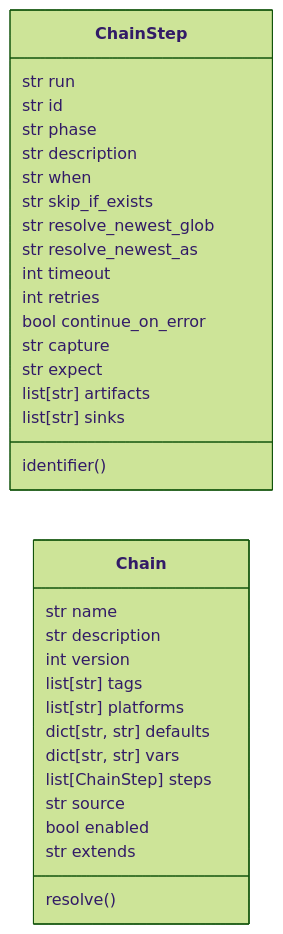
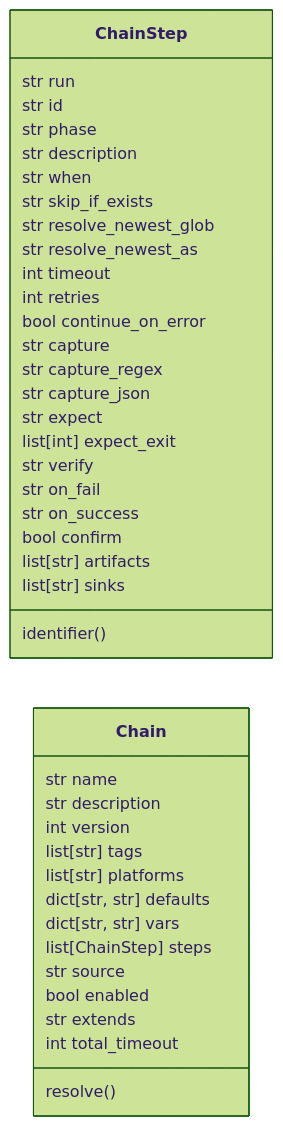
Before and after one commit to grisuno/LazyOwn: the first of 2 diagrams in readmenator-apidocs/modules/modules.chain_registry.py.md, drawn with Mermaid (forest theme). The commit also changed other lines of this file and 422 other files, not shown here.

````diff
--- a/readmenator-apidocs/modules/modules.chain_registry.py.md
+++ b/readmenator-apidocs/modules/modules.chain_registry.py.md
@@ -26,34 +26,42 @@
 ```mermaid
 classDiagram
     direction LR
     class ChainStep
     ChainStep : str run
     ChainStep : str id
     ChainStep : str phase
     ChainStep : str description
     ChainStep : str when
     ChainStep : str skip_if_exists
     ChainStep : str resolve_newest_glob
     ChainStep : str resolve_newest_as
     ChainStep : int timeout
     ChainStep : int retries
     ChainStep : bool continue_on_error
     ChainStep : str capture
+    ChainStep : str capture_regex
+    ChainStep : str capture_json
     ChainStep : str expect
+    ChainStep : list[int] expect_exit
+    ChainStep : str verify
+    ChainStep : str on_fail
+    ChainStep : str on_success
+    ChainStep : bool confirm
     ChainStep : list[str] artifacts
     ChainStep : list[str] sinks
     ChainStep : identifier()
     class Chain
     Chain : str name
     Chain : str description
     Chain : int version
     Chain : list[str] tags
     Chain : list[str] platforms
     Chain : dict[str, str] defaults
     Chain : dict[str, str] vars
     Chain : list[ChainStep] steps
     Chain : str source
     Chain : bool enabled
     Chain : str extends
+    Chain : int total_timeout
     Chain : resolve()
 ```
````
